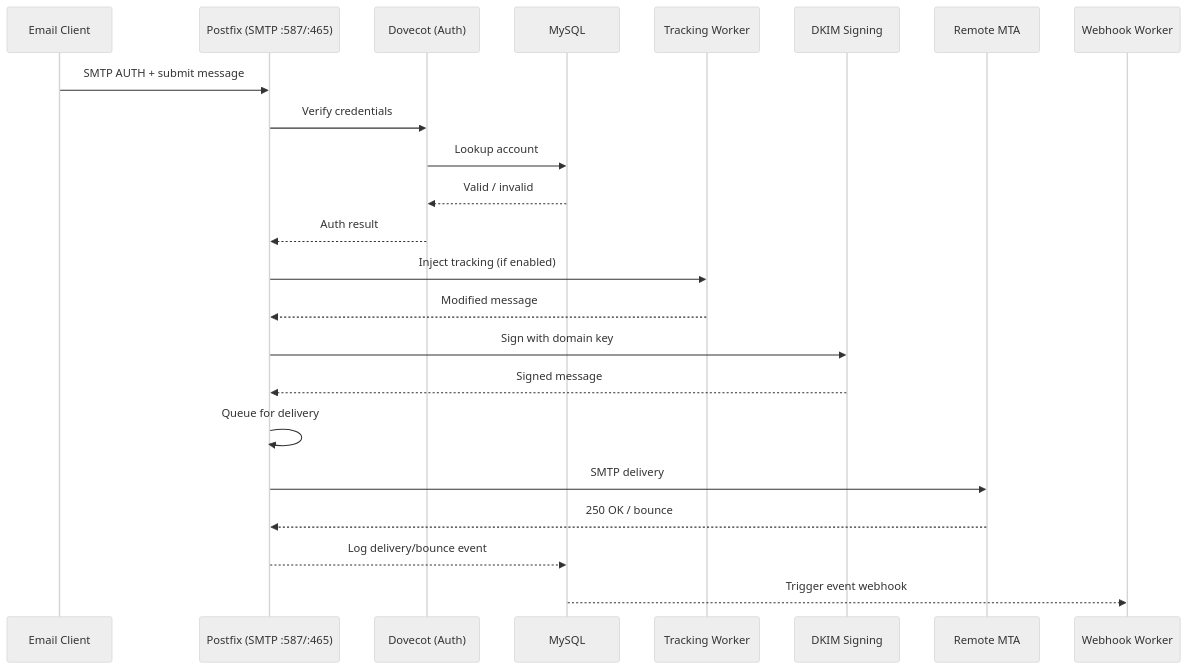
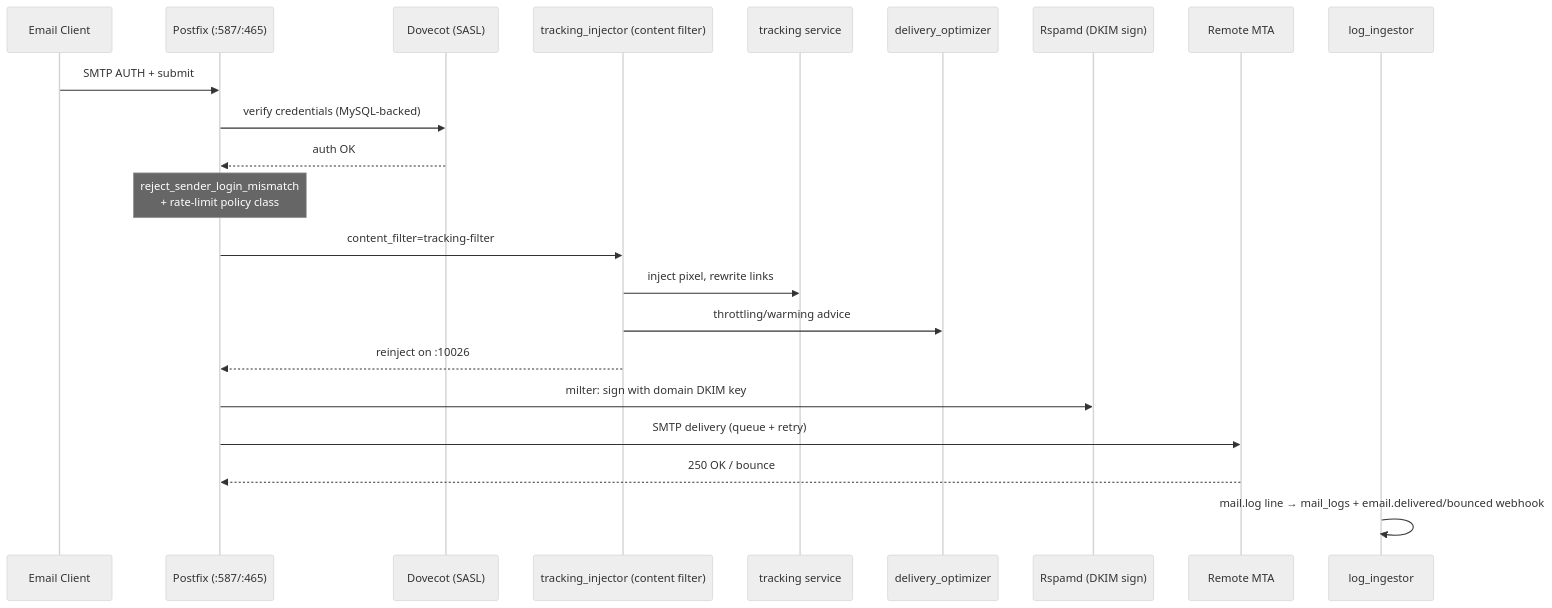
Before and after one commit to Techies-Africa/mailyte-mail-server-community: the second of 2 diagrams in docs/architecture/data-flow.md, drawn with Mermaid (neutral theme). The commit also changed other lines of this file and 481 other files, not shown here.

````diff
--- a/docs/architecture/data-flow.md
+++ b/docs/architecture/data-flow.md
@@ -64,30 +59,25 @@
 ```mermaid
 sequenceDiagram
     participant Client as Email Client
-    participant Postfix as Postfix (SMTP :587/:465)
-    participant Dovecot as Dovecot (Auth)
-    participant MySQL as MySQL
-    participant Tracking as Tracking Worker
-    participant DKIM as DKIM Signing
+    participant Postfix as Postfix (:587/:465)
+    participant Dovecot as Dovecot (SASL)
+    participant TI as tracking_injector (content filter)
+    participant Tracking as tracking service
+    participant DO as delivery_optimizer
+    participant Rspamd as Rspamd (DKIM sign)
     participant Remote as Remote MTA
-    participant Webhooks as Webhook Worker
+    participant LI as log_ingestor
 
-    Client->>Postfix: SMTP AUTH + submit message
-    Postfix->>Dovecot: Verify credentials
-    Dovecot->>MySQL: Lookup account
-    MySQL-->>Dovecot: Valid / invalid
-    Dovecot-->>Postfix: Auth result
-
-    Postfix->>Tracking: Inject tracking (if enabled)
-    Tracking-->>Postfix: Modified message
-
-    Postfix->>DKIM: Sign with domain key
-    DKIM-->>Postfix: Signed message
-
-    Postfix->>Postfix: Queue for delivery
-    Postfix->>Remote: SMTP delivery
-
+    Client->>Postfix: SMTP AUTH + submit
+    Postfix->>Dovecot: verify credentials (MySQL-backed)
+    Dovecot-->>Postfix: auth OK
+    Note over Postfix: reject_sender_login_mismatch<br/>+ rate-limit policy class
+    Postfix->>TI: content_filter=tracking-filter
+    TI->>Tracking: inject pixel, rewrite links
+    TI->>DO: throttling/warming advice
+    TI-->>Postfix: reinject on :10026
+    Postfix->>Rspamd: milter: sign with domain DKIM key
+    Postfix->>Remote: SMTP delivery (queue + retry)
     Remote-->>Postfix: 250 OK / bounce
-    Postfix-->>MySQL: Log delivery/bounce event
-    MySQL-->>Webhooks: Trigger event webhook
+    LI->>LI: mail.log line → mail_logs + email.delivered/bounced webhook
 ```
````
